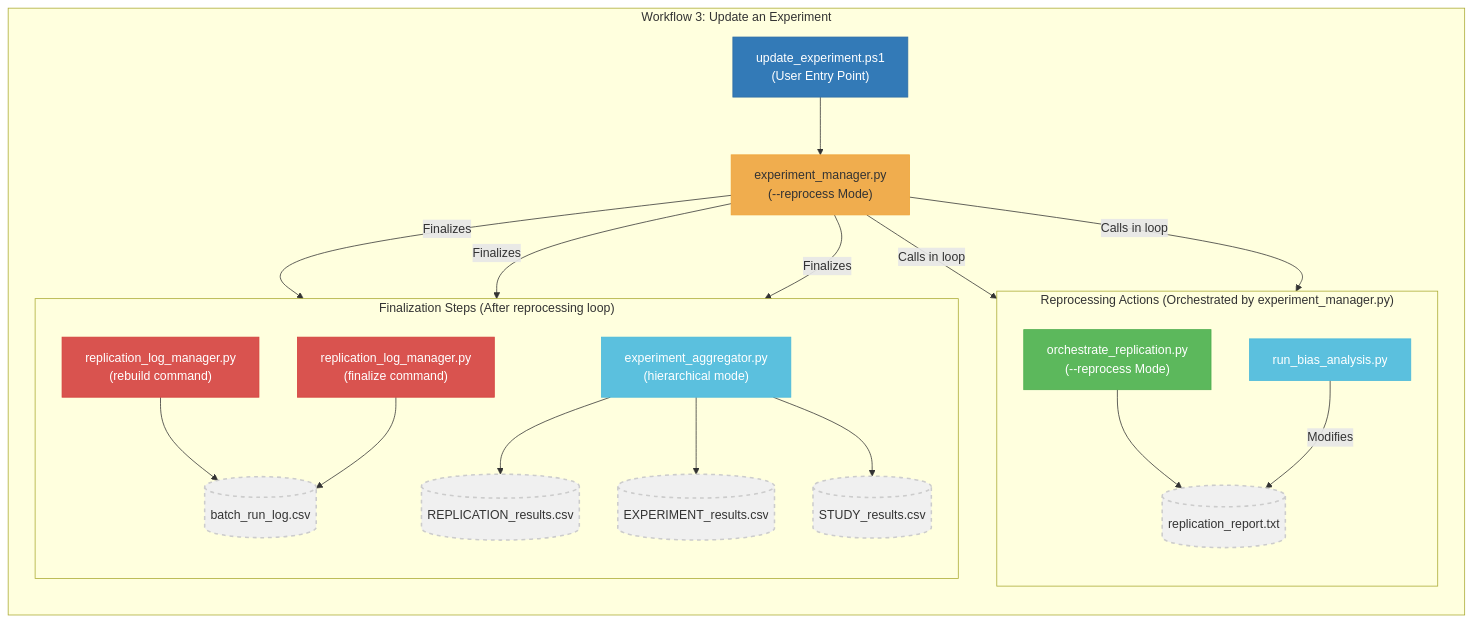
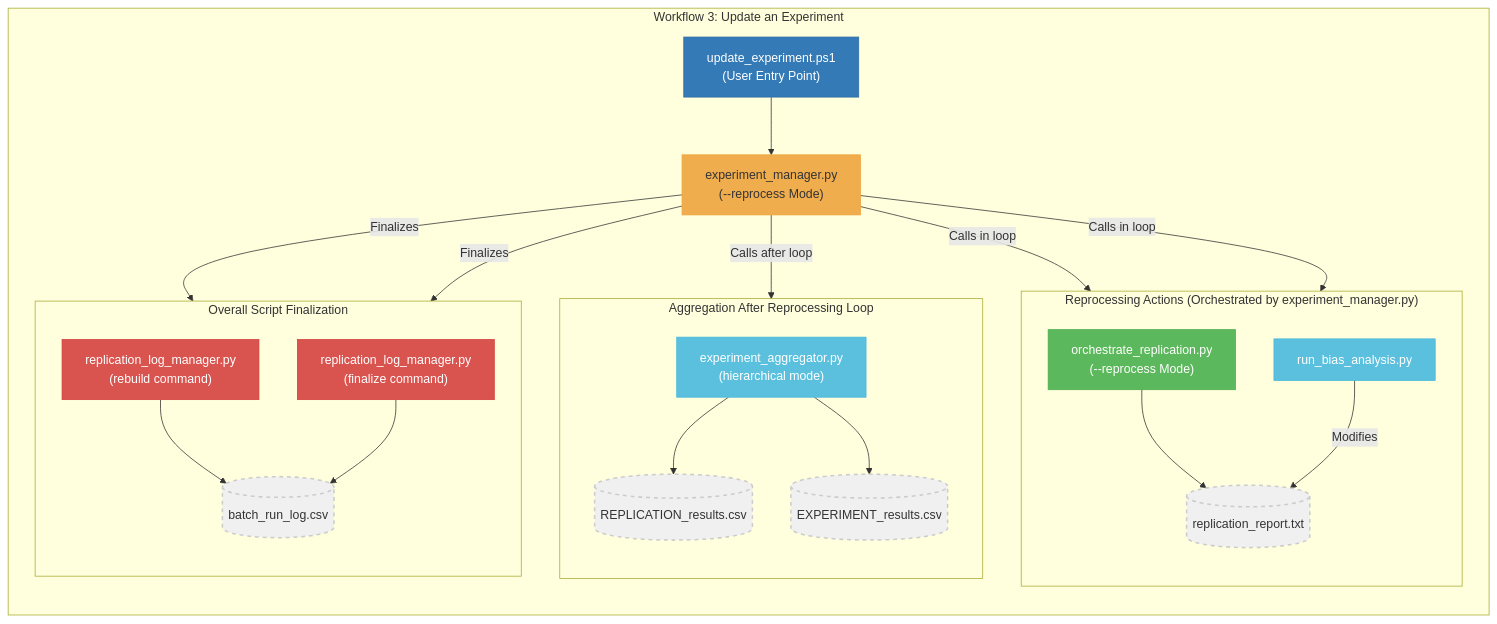
The diagram in docs/diagrams/architecture_workflow_3_update_experiment.mmd (peterjmarko/llm-narrative-framework), drawn with Mermaid before and after one commit. The commit also changed 4 other files, not shown here.

```diff
--- a/docs/diagrams/architecture_workflow_3_update_experiment.mmd
+++ b/docs/diagrams/architecture_workflow_3_update_experiment.mmd
@@ -1,63 +1,67 @@
 graph TD
     %% 1. Define all nodes first
     EntryPointPS["update_experiment.ps1<br/>(User Entry Point)"]:::entry_ps
     EntryPointPy["experiment_manager.py<br/>(--reprocess Mode)"]:::entry_py
     
     Orchestrate["orchestrate_replication.py<br/>(--reprocess Mode)"]:::layer_green
     ReplicationReport[("replication_report.txt")]:::artifact
     BiasAnalysis["run_bias_analysis.py"]:::script
     
-    LogManagerRebuild["replication_log_manager.py<br/>(rebuild command)"]:::danger
-    BatchRunLog[("batch_run_log.csv")]:::artifact
-    Aggregator["experiment_aggregator.py<br/>(hierarchical mode)"]:::script
+    AggregatorInternal["experiment_aggregator.py<br/>(hierarchical mode)"]:::script
     ReplResults[("REPLICATION_results.csv")]:::artifact
     ExpResults[("EXPERIMENT_results.csv")]:::artifact
-    StudyResults[("STUDY_results.csv")]:::artifact
+
+    LogManagerRebuild["replication_log_manager.py<br/>(rebuild command)"]:::danger
     LogManagerFinalize["replication_log_manager.py<br/>(finalize command)"]:::danger
+    BatchRunLog[("batch_run_log.csv")]:::artifact
 
     %% 2. Define connections
     EntryPointPS --> EntryPointPy
     EntryPointPy -- "Calls in loop" --> Orchestrate
     Orchestrate --> ReplicationReport
     EntryPointPy -- "Calls in loop" --> BiasAnalysis
     BiasAnalysis -- "Modifies" --> ReplicationReport
 
+    %% New: Aggregation happens after reprocessing loop, within EM's control
+    EntryPointPy -- "Calls after loop" --> AggregatorInternal
+    AggregatorInternal --> ReplResults
+    AggregatorInternal --> ExpResults
+
+    %% Original Finalization Steps (executed once by overall experiment_manager.py)
     EntryPointPy -- "Finalizes" --> LogManagerRebuild
     LogManagerRebuild --> BatchRunLog
-    EntryPointPy -- "Finalizes" --> Aggregator
-    Aggregator --> ReplResults
-    Aggregator --> ExpResults
-    Aggregator --> StudyResults
     EntryPointPy -- "Finalizes" --> LogManagerFinalize
     LogManagerFinalize --> BatchRunLog
 
     %% 3. Group nodes into subgraphs
     subgraph "Workflow 3: Update an Experiment"
         direction TB
         EntryPointPS
         EntryPointPy
         subgraph "Reprocessing Actions (Orchestrated by experiment_manager.py)"
             direction TB
             Orchestrate
             ReplicationReport
             BiasAnalysis
         end
-        subgraph "Finalization Steps (After reprocessing loop)"
+        subgraph "Aggregation After Reprocessing Loop"
+            direction TB
+            AggregatorInternal
+            ReplResults
+            ExpResults
+        end
+        subgraph "Overall Script Finalization"
             direction TB
             LogManagerRebuild
             BatchRunLog
-            Aggregator
-            ReplResults
-            ExpResults
-            StudyResults
             LogManagerFinalize
         end
     end
 
     %% 4. Styling
     classDef entry_ps fill:#337ab7,stroke:#2e6da4,color:#fff;
     classDef entry_py fill:#f0ad4e,stroke:#eea236,color:#333;
     classDef layer_green fill:#5cb85c,stroke:#4cae4c,color:#fff;
     classDef script fill:#5bc0de,stroke:#46b8da,color:#fff;
     classDef danger fill:#d9534f,stroke:#d43f3a,color:#fff;
     classDef artifact fill:#f0f0f0,stroke:#ccc,stroke-width:2px,stroke-dasharray: 5 5;
```
